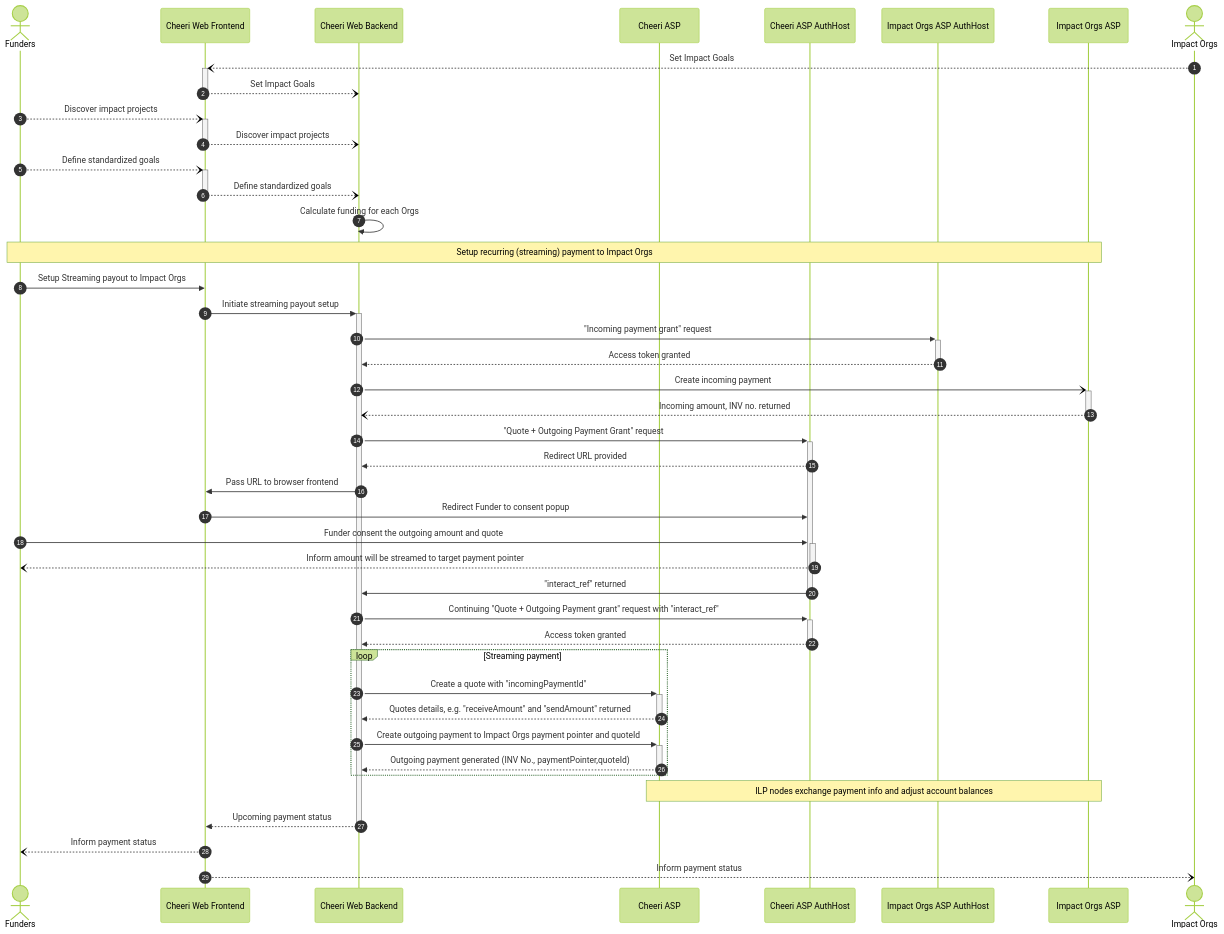
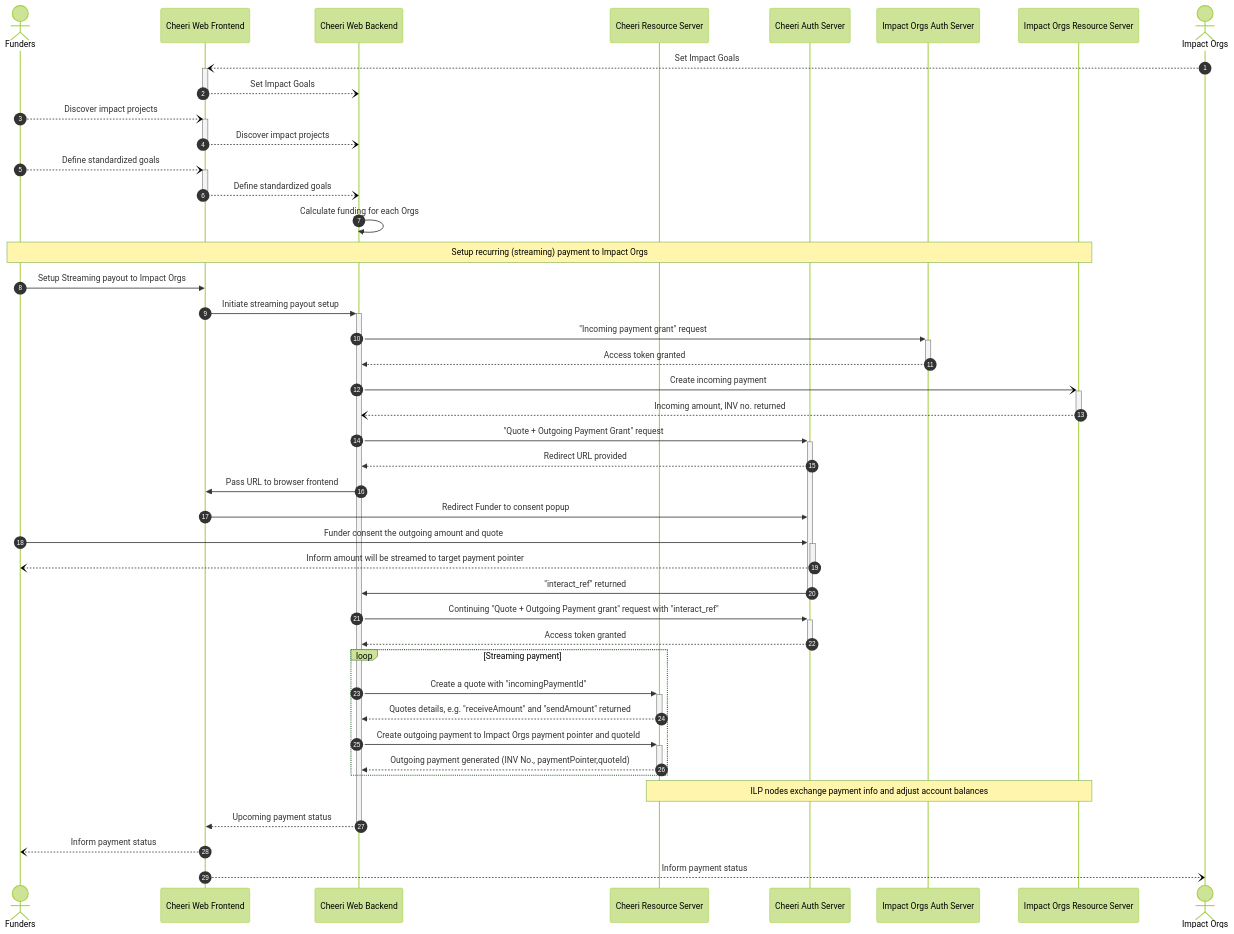
Before and after one commit to anguschiu1/interledger-divao: the diagram in rafiki-divao-demo/demo-Cheeri.md, drawn with Mermaid (forest theme). The commit also changed 33 other files, not shown here.

````diff
--- a/rafiki-divao-demo/demo-Cheeri.md
+++ b/rafiki-divao-demo/demo-Cheeri.md
@@ -7,50 +7,50 @@
 ```mermaid
 sequenceDiagram
 autonumber
 actor F as Funders
 participant ChFE as Cheeri Web Frontend
 participant ChBE as Cheeri Web Backend
-participant ChASP as Cheeri ASP
-participant ChASPA as Cheeri ASP AuthHost
-participant ImOASPAuth as Impact Orgs ASP AuthHost
-participant ImOASP as Impact Orgs ASP
+participant ChASP as Cheeri Resource Server
+participant ChASPA as Cheeri Auth Server
+participant ImOASPAuth as Impact Orgs Auth Server
+participant ImOASP as Impact Orgs Resource Server
 actor I as Impact Orgs
 
 I--)+ChFE: Set Impact Goals
 ChFE--)-ChBE: Set Impact Goals
 F--)+ChFE: Discover impact projects
 ChFE--)-ChBE: Discover impact projects
 F--)+ChFE: Define standardized goals
 ChFE--)-ChBE: Define standardized goals
 ChBE->>ChBE: Calculate funding for each Orgs
 
 Note over F,ImOASP: Setup recurring (streaming) payment to Impact Orgs
 F->>ChFE: Setup Streaming payout to Impact Orgs
 ChFE->>+ChBE: Initiate streaming payout setup
 ChBE->>+ImOASPAuth: "Incoming payment grant" request
 ImOASPAuth-->>-ChBE: Access token granted
 ChBE-)+ImOASP: Create incoming payment
 ImOASP--)-ChBE: Incoming amount, INV no. returned
 
 ChBE->>+ChASPA: "Quote + Outgoing Payment Grant" request
 ChASPA-->>ChBE: Redirect URL provided
 ChBE->>ChFE: Pass URL to browser frontend
 
 ChFE->>ChASPA: Redirect Funder to consent popup
 F->>+ChASPA: Funder consent the outgoing amount and quote
 ChASPA--)-F: Inform amount will be streamed to target payment pointer
 ChASPA->>-ChBE: "interact_ref" returned
 
 ChBE->>+ChASPA: Continuing "Quote + Outgoing Payment grant" request with "interact_ref"
 ChASPA-->>-ChBE: Access token granted
 loop Streaming payment
 ChBE->>+ChASP: Create a quote with "incomingPaymentId"
 ChASP-->>-ChBE: Quotes details, e.g. "receiveAmount" and "sendAmount" returned
 ChBE->>+ChASP: Create outgoing payment to Impact Orgs payment pointer and quoteId
 ChASP-->>-ChBE: Outgoing payment generated (INV No., paymentPointer,quoteId)
 end
 Note over ChASP, ImOASP: ILP nodes exchange payment info and adjust account balances
 ChBE-->>-ChFE: Upcoming payment status
 ChFE--)F: Inform payment status
 ChFE--)I: Inform payment status
 ```
````
